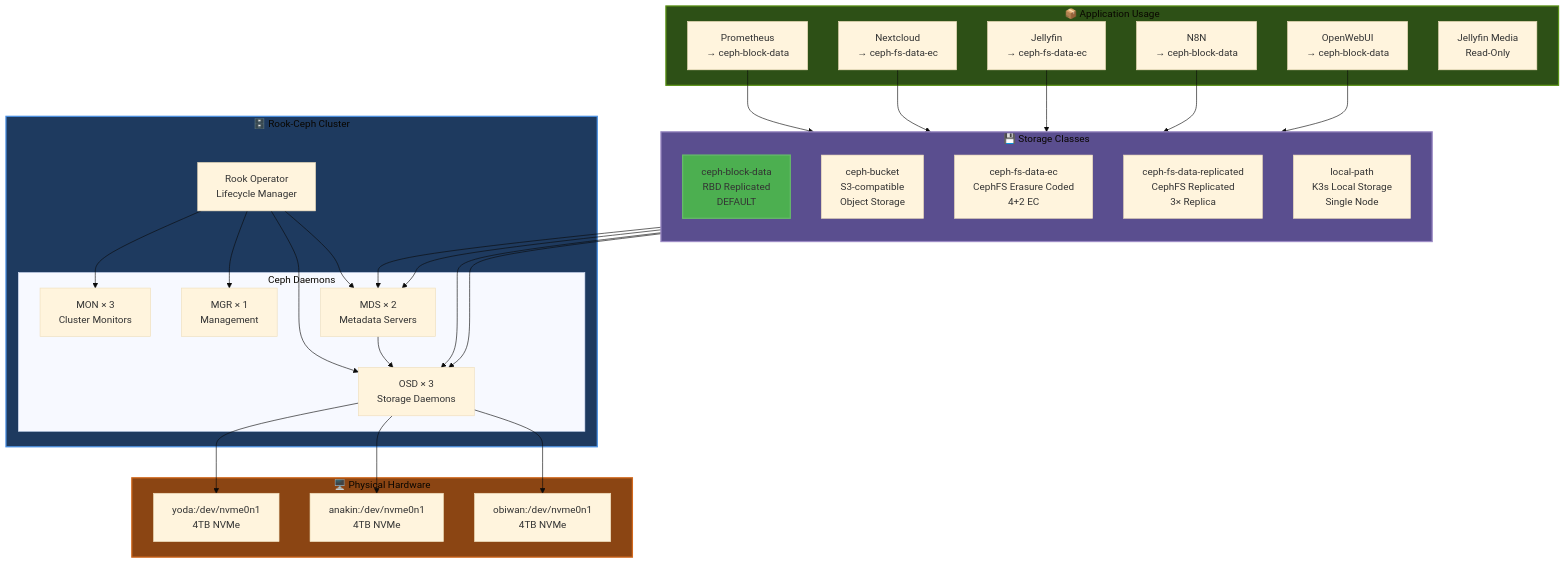
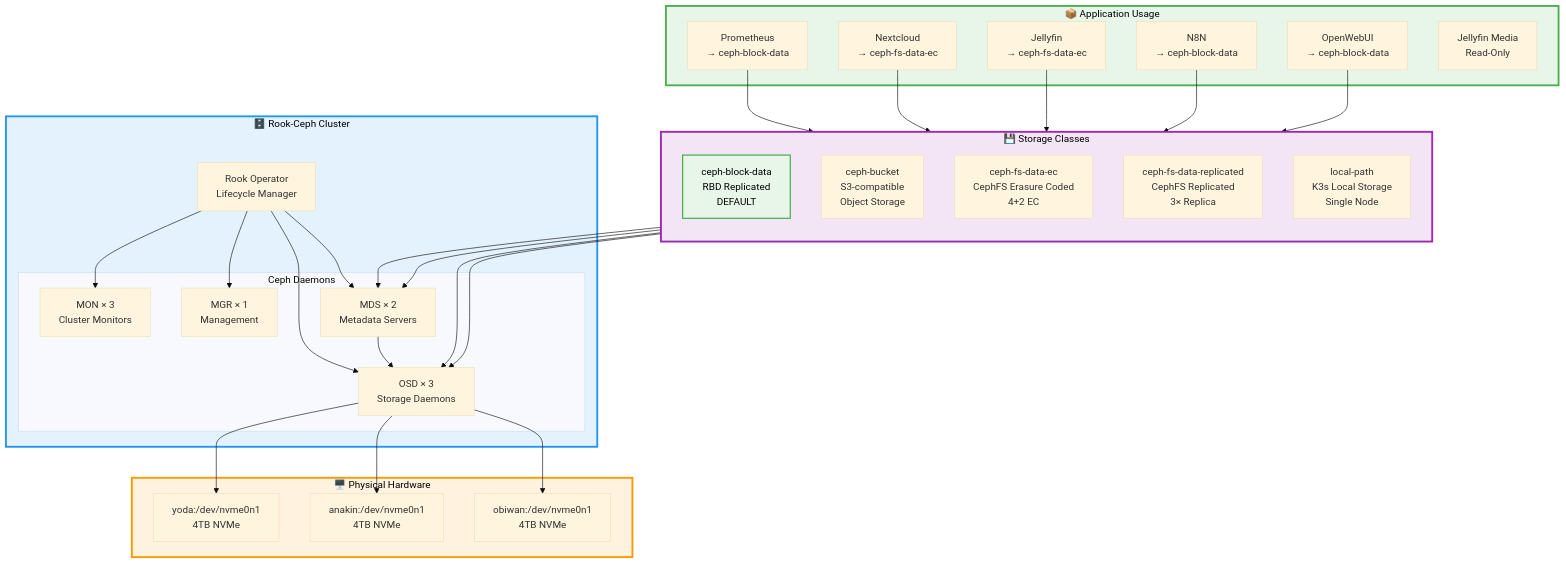
One commit to seadogger-tech/seadogger-homelab changed the fourth of 6 diagrams in docs/wiki/02-Architecture.md. Above: the diagram before and after it, drawn with Mermaid (base theme). The commit also changed other lines of this file and 1 other file, not shown here.

First line of the commit message:
Update all Mermaid diagram colors for light/dark mode compatibility

````diff
--- a/docs/wiki/02-Architecture.md
+++ b/docs/wiki/02-Architecture.md
@@ -221,64 +221,64 @@
 ```mermaid
 graph TB
     subgraph RookCeph["🗄️ Rook-Ceph Cluster"]
         Operator[Rook Operator<br/>Lifecycle Manager]
 
         subgraph Daemons["Ceph Daemons"]
             MON[MON × 3<br/>Cluster Monitors]
             MGR[MGR × 1<br/>Management]
             OSD[OSD × 3<br/>Storage Daemons]
             MDS[MDS × 2<br/>Metadata Servers]
         end
     end
 
     subgraph Storage["💾 Storage Classes"]
         direction TB
         Default[ceph-block-data<br/>RBD Replicated<br/>DEFAULT]
         Bucket[ceph-bucket<br/>S3-compatible<br/>Object Storage]
         FSEC[ceph-fs-data-ec<br/>CephFS Erasure Coded<br/>4+2 EC]
         FSRep[ceph-fs-data-replicated<br/>CephFS Replicated<br/>3× Replica]
         LocalPath[local-path<br/>K3s Local Storage<br/>Single Node]
     end
 
     subgraph Hardware["🖥️ Physical Hardware"]
         NVMe1[yoda:/dev/nvme0n1<br/>4TB NVMe]
         NVMe2[anakin:/dev/nvme0n1<br/>4TB NVMe]
         NVMe3[obiwan:/dev/nvme0n1<br/>4TB NVMe]
     end
 
     subgraph AppsLayer["📦 Application Usage"]
         PrometheusApp[Prometheus<br/>→ ceph-block-data]
         NextcloudApp[Nextcloud<br/>→ ceph-fs-data-ec]
         JellyfinApp[Jellyfin<br/>→ ceph-fs-data-ec]
         N8NApp[N8N<br/>→ ceph-block-data]
         OpenWebUIApp[OpenWebUI<br/>→ ceph-block-data]
         JellyfinMedia[Jellyfin Media<br/>Read-Only]
     end
 
     Operator --> MON
     Operator --> MGR
     Operator --> OSD
     Operator --> MDS
 
     OSD --> NVMe1
     OSD --> NVMe2
     OSD --> NVMe3
 
     Default --> OSD
     Bucket --> OSD
     FSEC --> MDS
     FSRep --> MDS
     MDS --> OSD
 
     PrometheusApp --> Default
     NextcloudApp --> FSEC
     JellyfinApp --> FSEC
     N8NApp --> Default
     OpenWebUIApp --> Default
 
-    style RookCeph fill:#1e3a5f,stroke:#4a90e2,stroke-width:2px
-    style Storage fill:#5a4e8f,stroke:#9b8ac4,stroke-width:2px
-    style Hardware fill:#8b4513,stroke:#d2691e,stroke-width:2px
-    style AppsLayer fill:#2d5016,stroke:#5a9216,stroke-width:2px
-    style Default fill:#4caf50,stroke:#66bb6a,stroke-width:2px
+    style RookCeph fill:#e3f2fd,stroke:#2196f3,stroke-width:3px,color:#000
+    style Storage fill:#f3e5f5,stroke:#9c27b0,stroke-width:3px,color:#000
+    style Hardware fill:#fff3e0,stroke:#ff9800,stroke-width:3px,color:#000
+    style AppsLayer fill:#e8f5e9,stroke:#4caf50,stroke-width:3px,color:#000
+    style Default fill:#e8f5e9,stroke:#4caf50,stroke-width:2px,color:#000
 ```
````
